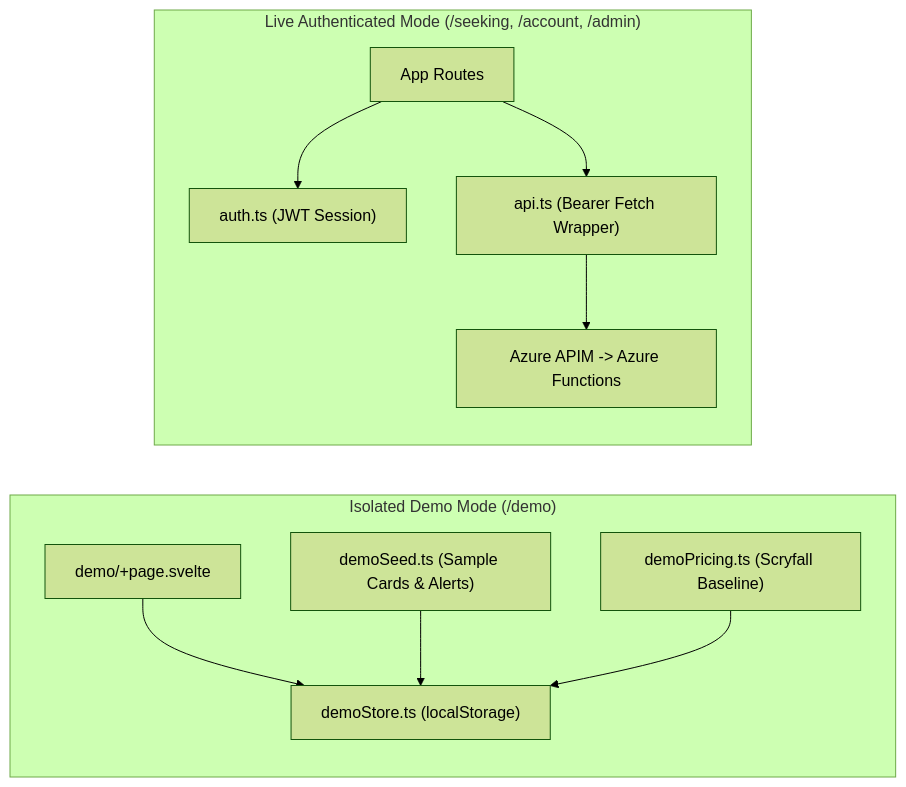
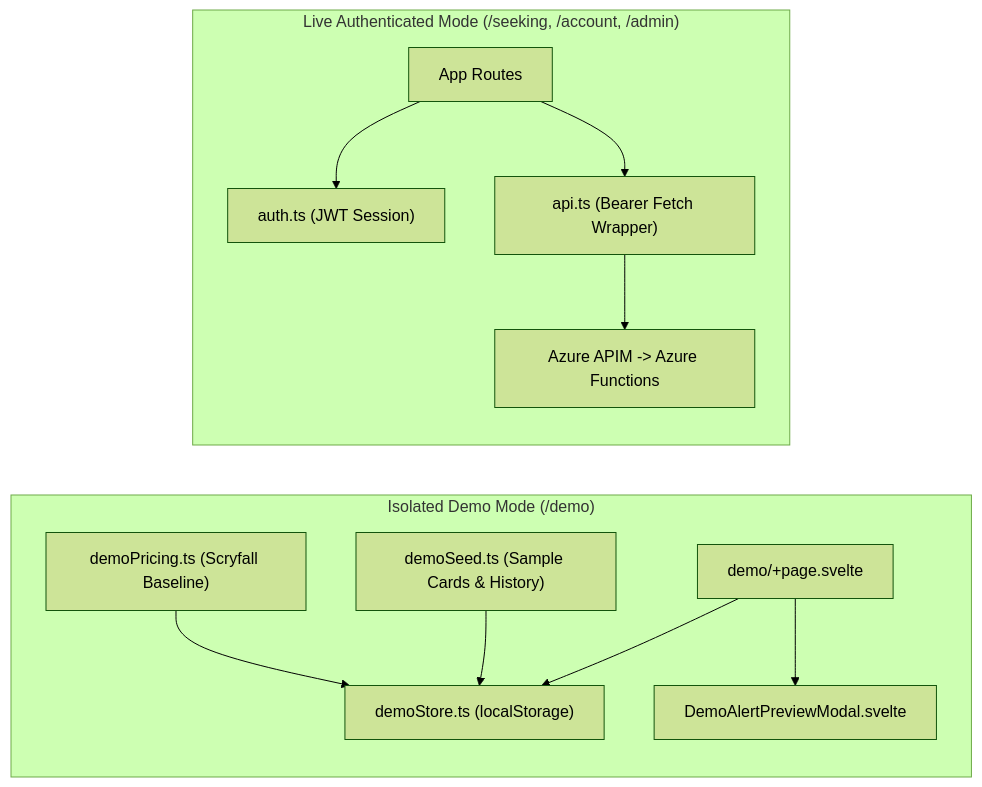
One commit to cjjwisniewski/seeker.cityoftraitors.com changed the fourth of 4 diagrams in README.md. Above: the diagram before and after it, drawn with Mermaid (forest theme). The commit also changed other lines of this file, not shown here.

Commit message:
docs(readme): overhaul README with full-stack architecture diagrams

````diff
--- a/README.md
+++ b/README.md
@@ -67,21 +114,23 @@
 ```mermaid
 flowchart LR
     subgraph Demo["Isolated Demo Mode (/demo)"]
         DemoPage["demo/+page.svelte"]
         DemoStore["demoStore.ts (localStorage)"]
-        DemoSeed["demoSeed.ts (Sample Cards & Alerts)"]
+        DemoSeed["demoSeed.ts (Sample Cards & History)"]
         DemoPrice["demoPricing.ts (Scryfall Baseline)"]
+        DemoModal["DemoAlertPreviewModal.svelte"]
         DemoPage --> DemoStore
         DemoSeed --> DemoStore
         DemoPrice --> DemoStore
+        DemoPage --> DemoModal
     end
 
     subgraph Live["Live Authenticated Mode (/seeking, /account, /admin)"]
         LivePages["App Routes"]
         AuthStore["auth.ts (JWT Session)"]
         ApiUtil["api.ts (Bearer Fetch Wrapper)"]
         Backend["Azure APIM -> Azure Functions"]
         LivePages --> AuthStore
         LivePages --> ApiUtil --> Backend
     end
 ```
````
